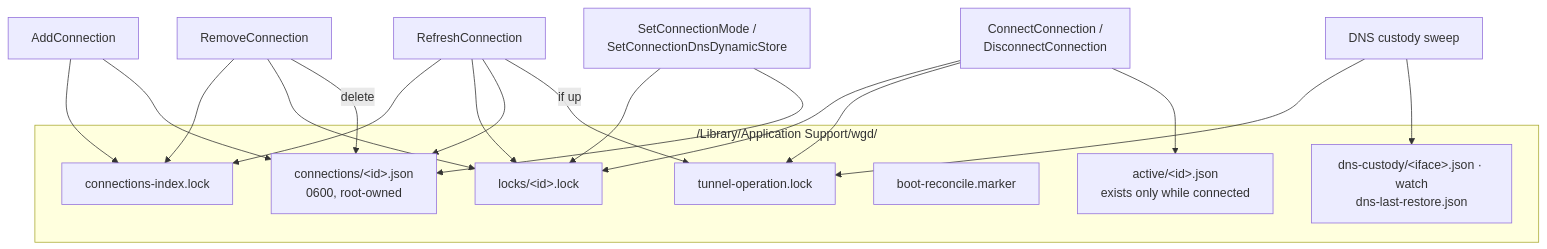
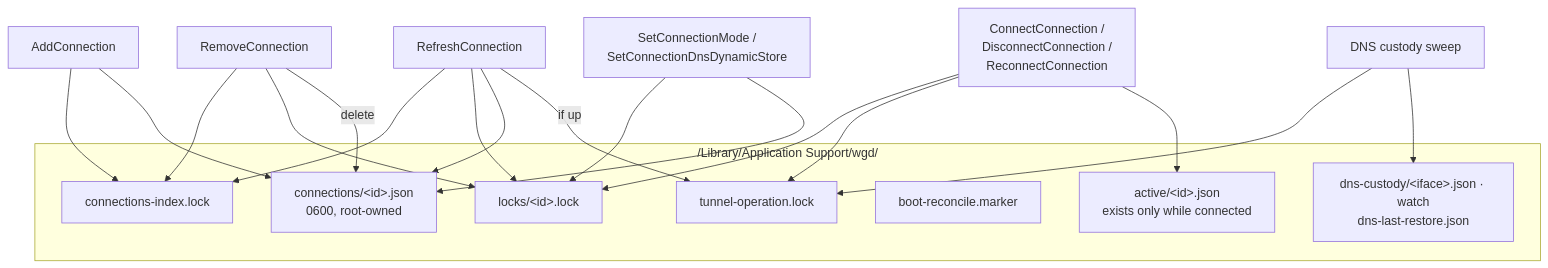
The fifth of 11 diagrams in doc/architecture.md (pansen/macos-wireguard-daemon), drawn with Mermaid before and after one commit. The commit also changed other lines of this file and 17 other files, not shown here.

First line of the commit message:
Add ReconnectConnection and immediate config apply

````diff
--- a/doc/architecture.md
+++ b/doc/architecture.md
@@ -218,29 +219,29 @@
 ```mermaid
 flowchart TB
     subgraph store["/Library/Application Support/wgd/"]
         IDX["connections-index.lock"]
         CONND["connections/&lt;id&gt;.json<br/>0600, root-owned"]
         ACTD["active/&lt;id&gt;.json<br/>exists only while connected"]
         LOCKD["locks/&lt;id&gt;.lock"]
         MARK["boot-reconcile.marker"]
         NETLK["tunnel-operation.lock"]
         CUST["dns-custody/&lt;iface&gt;.json · watch<br/>dns-last-restore.json"]
     end
 
     ADD["AddConnection"] --> IDX
     ADD --> CONND
     REFRESH["RefreshConnection"] --> IDX
     REFRESH --> LOCKD
     REFRESH --> CONND
     REFRESH -->|"if up"| NETLK
     REMOVE["RemoveConnection"] --> IDX
     REMOVE --> LOCKD
     REMOVE -->|"delete"| CONND
     MODE["SetConnectionMode /<br/>SetConnectionDnsDynamicStore"] --> LOCKD
     MODE --> CONND
-    CONNECT["ConnectConnection /<br/>DisconnectConnection"] --> LOCKD
+    CONNECT["ConnectConnection /<br/>DisconnectConnection /<br/>ReconnectConnection"] --> LOCKD
     CONNECT --> NETLK
     CONNECT --> ACTD
     SWEEP["DNS custody sweep"] --> NETLK
     SWEEP --> CUST
 ```
````
